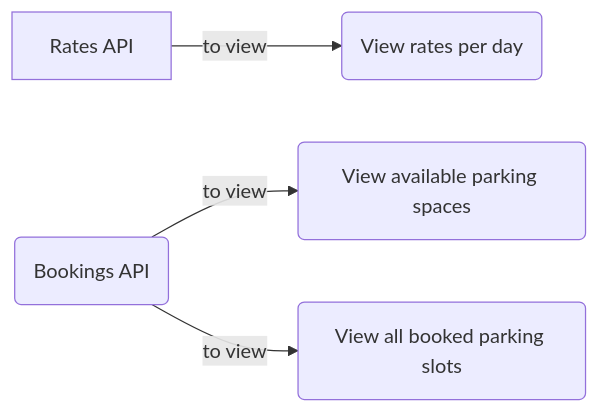
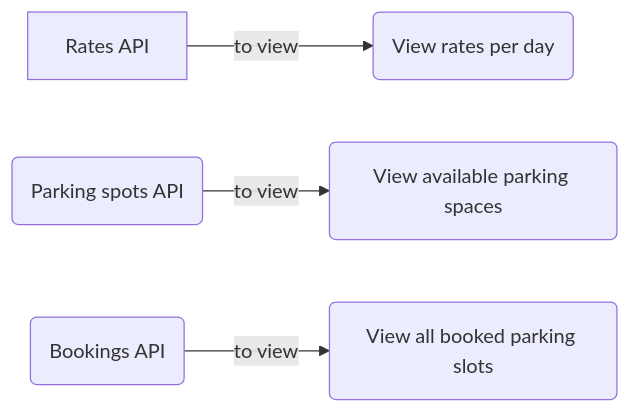
One commit to alsyedz-examples/parking-system changed the diagram in README.md. Above: the diagram before and after it, drawn with Mermaid.

````diff
--- a/README.md
+++ b/README.md
@@ -25,6 +25,6 @@
 ```mermaid
 graph LR
 A[Rates API] -- to view --> B(View rates per day)
 C(Parking spots API) -- to view --> D(View available parking spaces)
-C(Bookings API) -- to view --> E(View all booked parking slots)
+E(Bookings API) -- to view --> F(View all booked parking slots)
 ```
````
